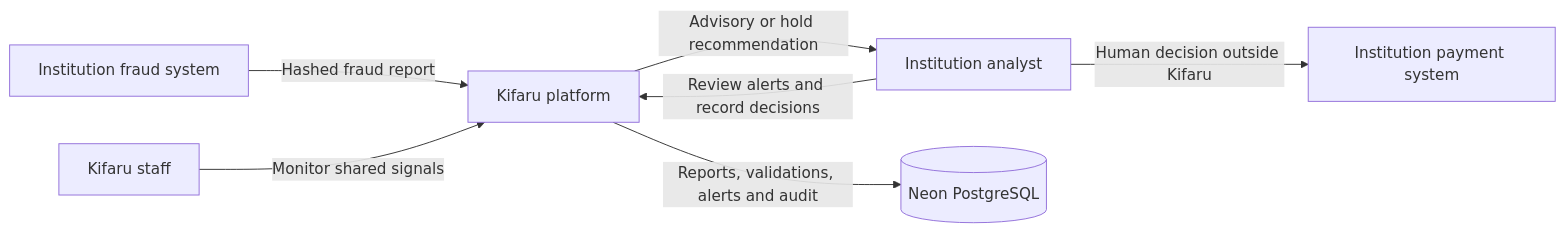
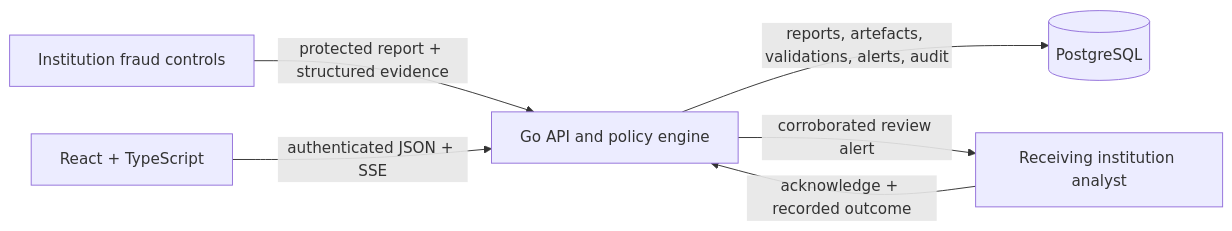
The second of 2 diagrams in README.md (tmjoris/kifaru), drawn with Mermaid before and after one commit. The commit also changed other lines of this file and 36 other files, not shown here.

````diff
--- a/README.md
+++ b/README.md
@@ -215,16 +302,14 @@
 ```mermaid
 flowchart LR
-    FraudSystem["Institution fraud system"]
-    Analyst["Institution analyst"]
-    KifaruStaff["Kifaru staff"]
-    Kifaru["Kifaru platform"]
-    Database[("Neon PostgreSQL")]
-    BankSystem["Institution payment system"]
+    Institution["Institution fraud controls"]
+    UI["React + TypeScript"]
+    API["Go API and policy engine"]
+    DB[("PostgreSQL")]
+    Receiver["Receiving institution analyst"]
 
-    FraudSystem -->|"Hashed fraud report"| Kifaru
-    Analyst -->|"Review alerts and record decisions"| Kifaru
-    KifaruStaff -->|"Monitor shared signals"| Kifaru
-    Kifaru -->|"Reports, validations, alerts and audit"| Database
-    Kifaru -->|"Advisory or hold recommendation"| Analyst
-    Analyst -->|"Human decision outside Kifaru"| BankSystem
+    Institution -->|"protected report + structured evidence"| API
+    UI -->|"authenticated JSON + SSE"| API
+    API -->|"reports, artefacts, validations, alerts, audit"| DB
+    API -->|"corroborated review alert"| Receiver
+    Receiver -->|"acknowledge + recorded outcome"| API
 ```
````
